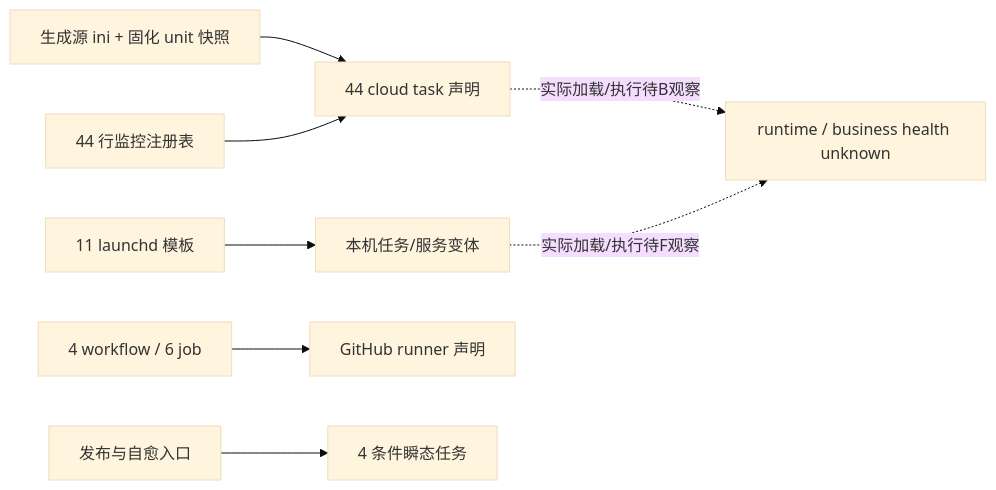
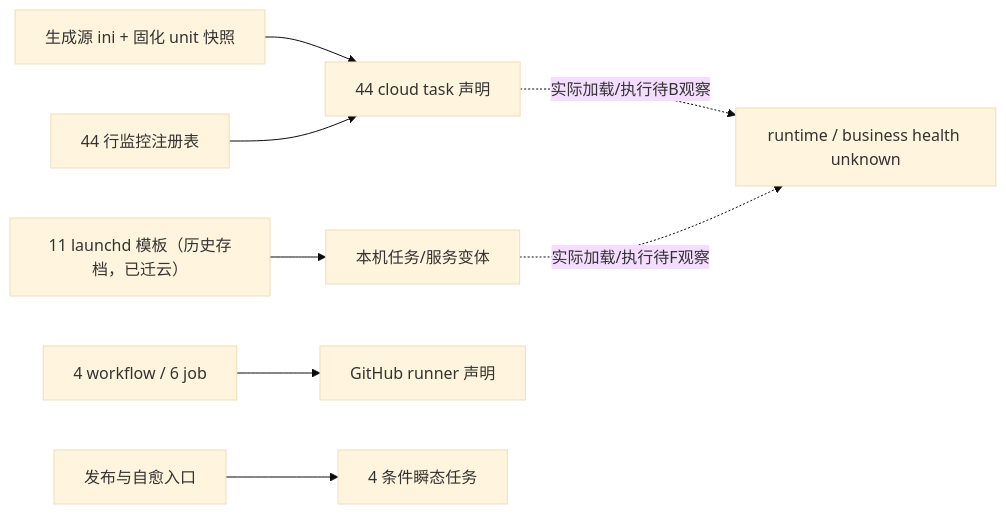
Before and after one commit to xp13465/trade-data-signal: the diagram in docs/ops/architecture/01-services-and-schedules.md, drawn with Mermaid (base theme). The commit also changed other lines of this file and 7 other files, not shown here.

First line of the commit message:
docs(ops/architecture): 补 launchd 已迁云上 systemd timer 口径声明

````diff
--- a/docs/ops/architecture/01-services-and-schedules.md
+++ b/docs/ops/architecture/01-services-and-schedules.md
@@ -19,10 +19,10 @@
 ```mermaid
 flowchart LR
   CFG["生成源 ini + 固化 unit 快照"] --> CLOUD["44 cloud task 声明"]
   REG["44 行监控注册表"] --> CLOUD
-  PLIST["11 launchd 模板"] --> MAC["本机任务/服务变体"]
+  PLIST["11 launchd 模板（历史存档，已迁云）"] --> MAC["本机任务/服务变体"]
   CI["4 workflow / 6 job"] --> RUNNER["GitHub runner 声明"]
   CODE["发布与自愈入口"] --> TRANS["4 条件瞬态任务"]
   CLOUD -. "实际加载/执行待B观察" .-> UNKNOWN["runtime / business health unknown"]
   MAC -. "实际加载/执行待F观察" .-> UNKNOWN
 ```
````
